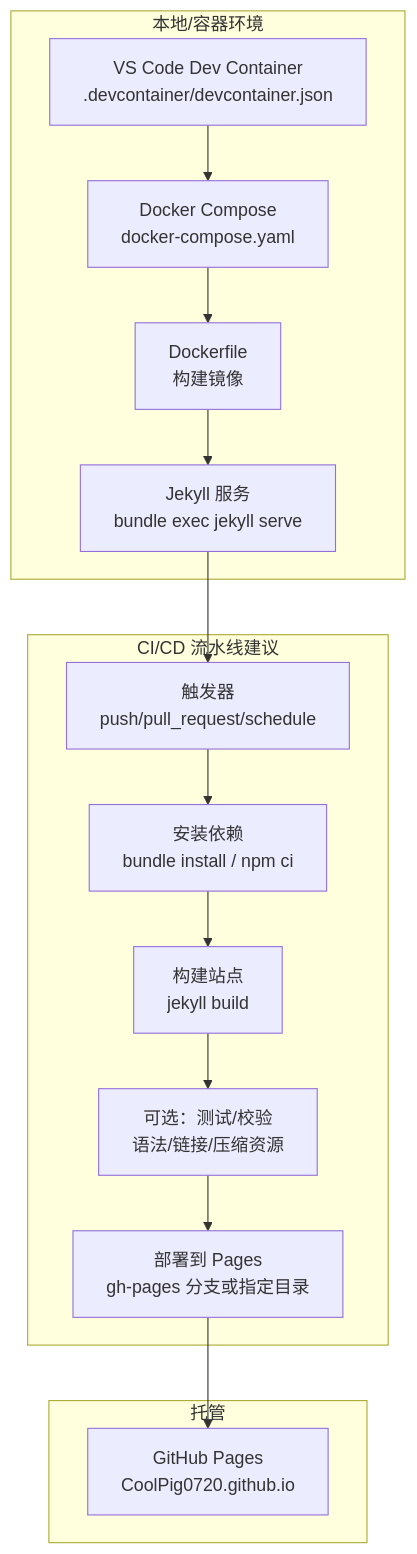
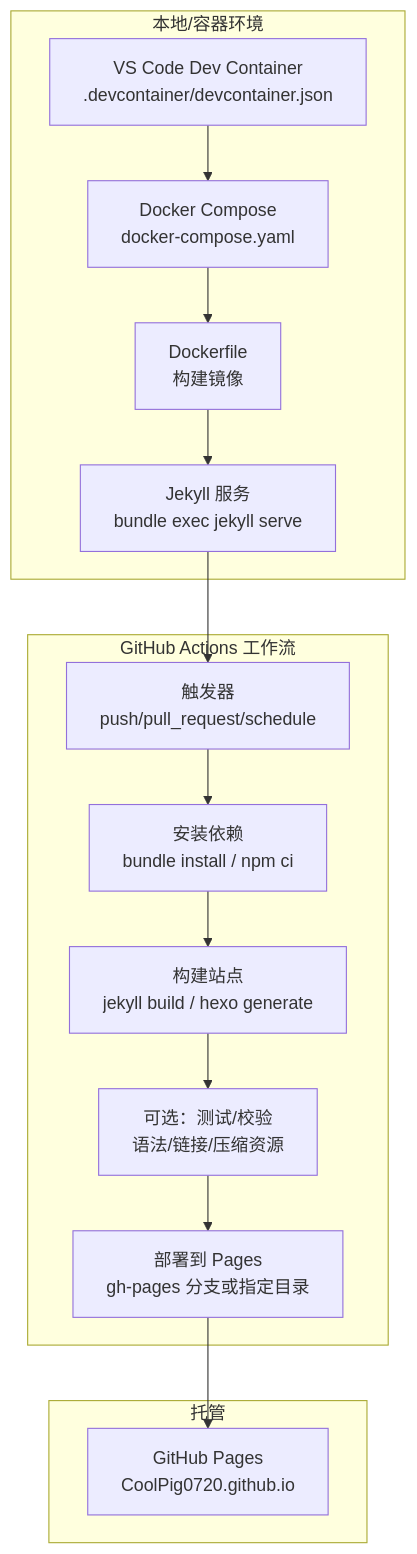
One commit to CoolPig0720/CoolPig0720.github.io changed the second of 6 diagrams in .qoder/repowiki/zh/content/部署和维护/CI_CD 工作流程.md. Above: the diagram before and after it, drawn with Mermaid. The commit also changed other lines of this file and 36 other files, not shown here.

````diff
--- a/.qoder/repowiki/zh/content/部署和维护/CI_CD 工作流程.md
+++ b/.qoder/repowiki/zh/content/部署和维护/CI_CD 工作流程.md
@@ -101,21 +91,21 @@
 ```mermaid
 graph TB
 subgraph "本地/容器环境"
 L1["VS Code Dev Container<br/>.devcontainer/devcontainer.json"]
 L2["Docker Compose<br/>docker-compose.yaml"]
 L3["Dockerfile<br/>构建镜像"]
 L4["Jekyll 服务<br/>bundle exec jekyll serve"]
 end
-subgraph "CI/CD 流水线建议"
+subgraph "GitHub Actions 工作流"
 C1["触发器<br/>push/pull_request/schedule"]
 C2["安装依赖<br/>bundle install / npm ci"]
-C3["构建站点<br/>jekyll build"]
+C3["构建站点<br/>jekyll build / hexo generate"]
 C4["可选：测试/校验<br/>语法/链接/压缩资源"]
 C5["部署到 Pages<br/>gh-pages 分支或指定目录"]
 end
 subgraph "托管"
 G["GitHub Pages<br/>CoolPig0720.github.io"]
 end
 L1 --> L2 --> L3 --> L4
 L4 --> C1 --> C2 --> C3 --> C4 --> C5 --> G
 ```
````
